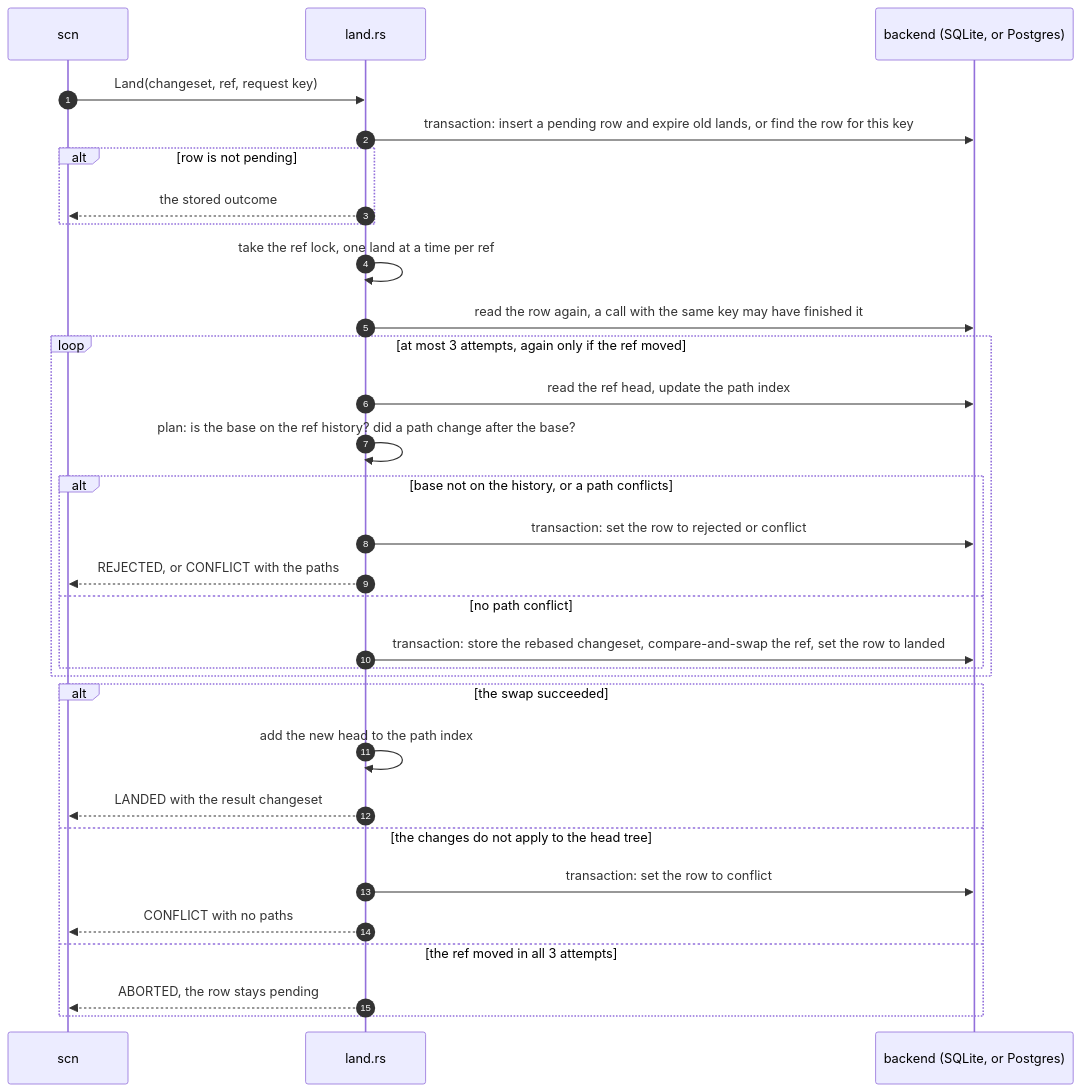
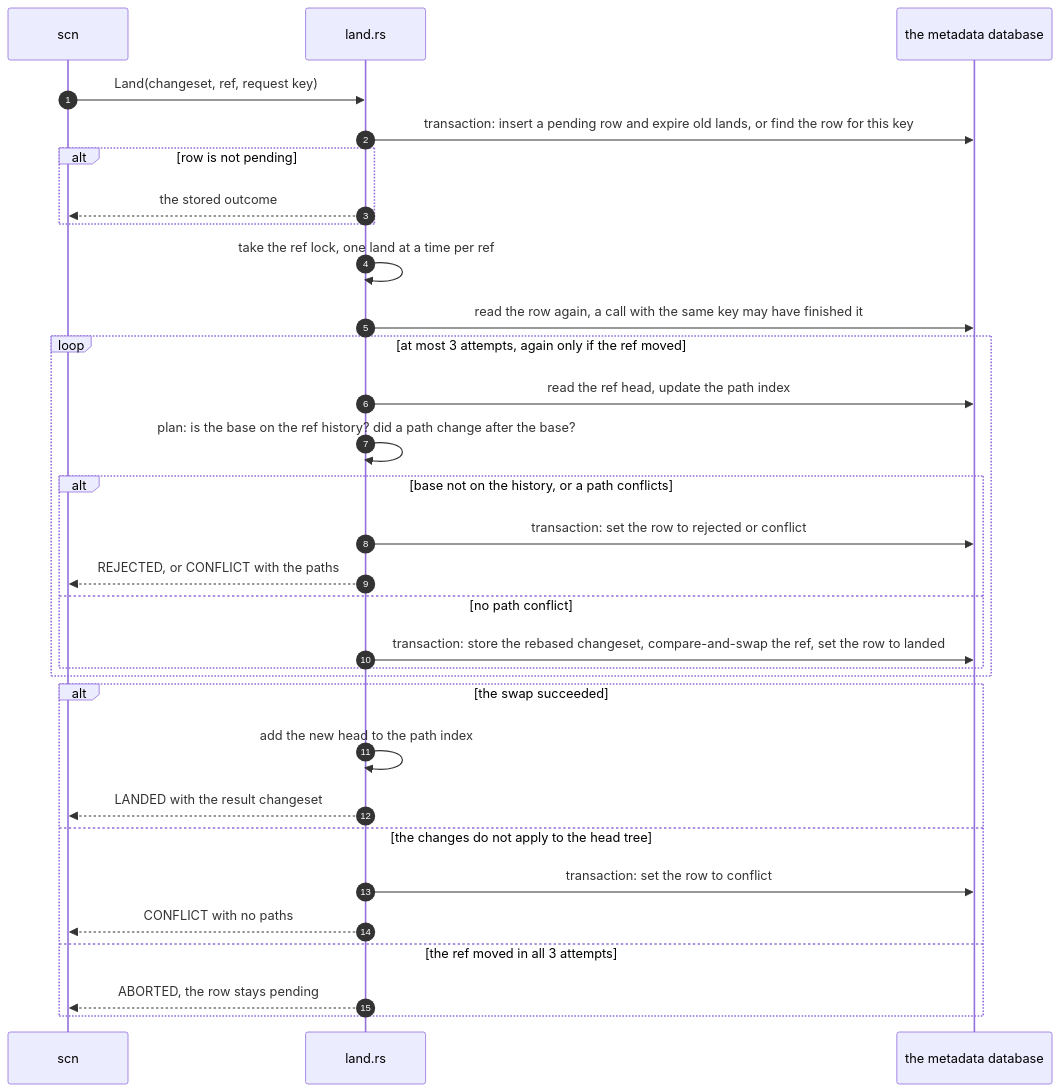
One commit to bnsd55/openscion changed the third of 4 diagrams in docs/architecture.md. Above: the diagram before and after it, drawn with Mermaid. The commit also changed other lines of this file and 15 other files, not shown here.

First line of the commit message:
docs: Postgres is the metadata store (#706)

````diff
--- a/docs/architecture.md
+++ b/docs/architecture.md
@@ -557,33 +503,33 @@
 ```mermaid
 sequenceDiagram
     autonumber
     participant A as scn
     participant L as land.rs
-    participant DB as backend (SQLite, or Postgres)
+    participant DB as the metadata database
     A->>L: Land(changeset, ref, request key)
     L->>DB: transaction: insert a pending row and expire old lands, or find the row for this key
     alt row is not pending
         L-->>A: the stored outcome
     end
     L->>L: take the ref lock, one land at a time per ref
     L->>DB: read the row again, a call with the same key may have finished it
     loop at most 3 attempts, again only if the ref moved
         L->>DB: read the ref head, update the path index
         L->>L: plan: is the base on the ref history? did a path change after the base?
         alt base not on the history, or a path conflicts
             L->>DB: transaction: set the row to rejected or conflict
             L-->>A: REJECTED, or CONFLICT with the paths
         else no path conflict
             L->>DB: transaction: store the rebased changeset, compare-and-swap the ref, set the row to landed
         end
     end
     alt the swap succeeded
         L->>L: add the new head to the path index
         L-->>A: LANDED with the result changeset
     else the changes do not apply to the head tree
         L->>DB: transaction: set the row to conflict
         L-->>A: CONFLICT with no paths
     else the ref moved in all 3 attempts
         L-->>A: ABORTED, the row stays pending
     end
 ```
````
